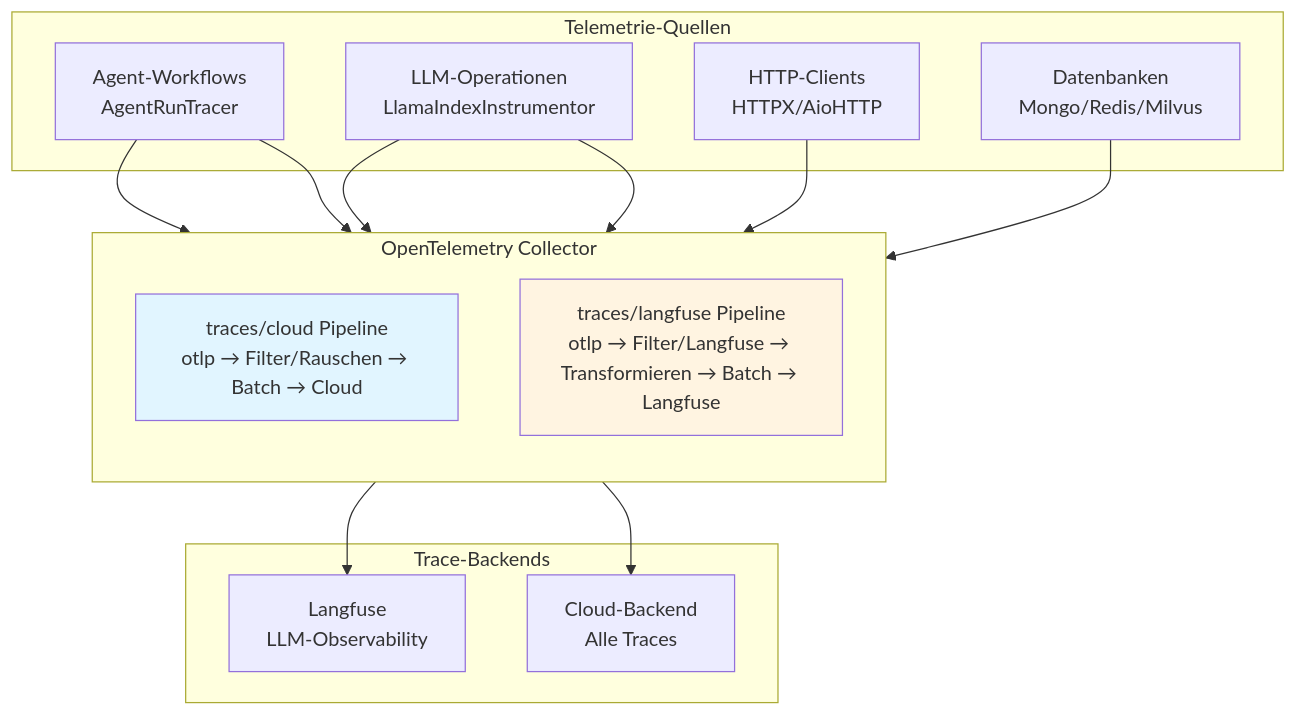
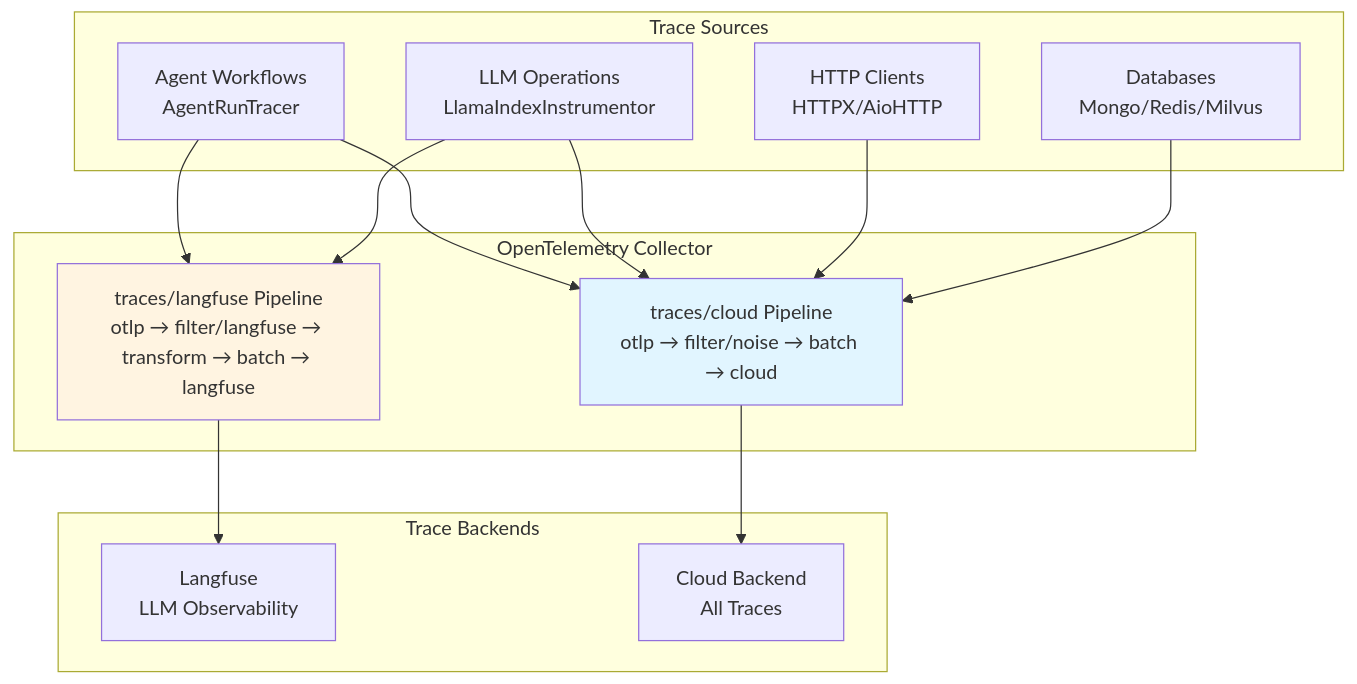
Before and after one commit to bbvch-ai/aihub-core: the first of 2 diagrams in aihub_doc/docs/2_platform/12_auditing/2_low_level_traces/index.de.md, drawn with Mermaid. The commit also changed other lines of this file and 77 other files, not shown here.

````diff
--- a/aihub_doc/docs/2_platform/12_auditing/2_low_level_traces/index.de.md
+++ b/aihub_doc/docs/2_platform/12_auditing/2_low_level_traces/index.de.md
@@ -165,33 +165,32 @@
 ```mermaid
 graph TB
-    subgraph Sources["Telemetrie-Quellen"]
-        Agents[Agent-Workflows<br/>AgentRunTracer]
-        LLM[LLM-Operationen<br/>LlamaIndexInstrumentor]
-        HTTP[HTTP-Clients<br/>HTTPX/AioHTTP]
-        DBs[Datenbanken<br/>Mongo/Redis/Milvus]
+    subgraph Sources["Trace Sources"]
+        Agents[Agent Workflows<br/>AgentRunTracer]
+        LLM[LLM Operations<br/>LlamaIndexInstrumentor]
+        HTTP[HTTP Clients<br/>HTTPX/AioHTTP]
+        DBs[Databases<br/>Mongo/Redis/Milvus]
     end
 
     subgraph Collector["OpenTelemetry Collector"]
-        direction TB
-        CloudPipeline[traces/cloud Pipeline<br/>otlp → Filter/Rauschen → Batch → Cloud]
-        LangfusePipeline[traces/langfuse Pipeline<br/>otlp → Filter/Langfuse → Transformieren → Batch → Langfuse]
+        CloudPipeline[traces/cloud Pipeline<br/>otlp → filter/noise → batch → cloud]
+        LangfusePipeline[traces/langfuse Pipeline<br/>otlp → filter/langfuse → transform → batch → langfuse]
     end
 
-    subgraph Backends["Trace-Backends"]
-        Langfuse[Langfuse<br/>LLM-Observability]
-        Cloud[Cloud-Backend<br/>Alle Traces]
+    subgraph Backends["Trace Backends"]
+        Langfuse[Langfuse<br/>LLM Observability]
+        Cloud[Cloud Backend<br/>All Traces]
     end
 
     Agents --> CloudPipeline
     Agents --> LangfusePipeline
     LLM --> CloudPipeline
     LLM --> LangfusePipeline
     HTTP --> CloudPipeline
     DBs --> CloudPipeline
 
     CloudPipeline --> Cloud
     LangfusePipeline --> Langfuse
 
     style CloudPipeline fill:#e1f5ff
     style LangfusePipeline fill:#fff4e1
 ```
````
